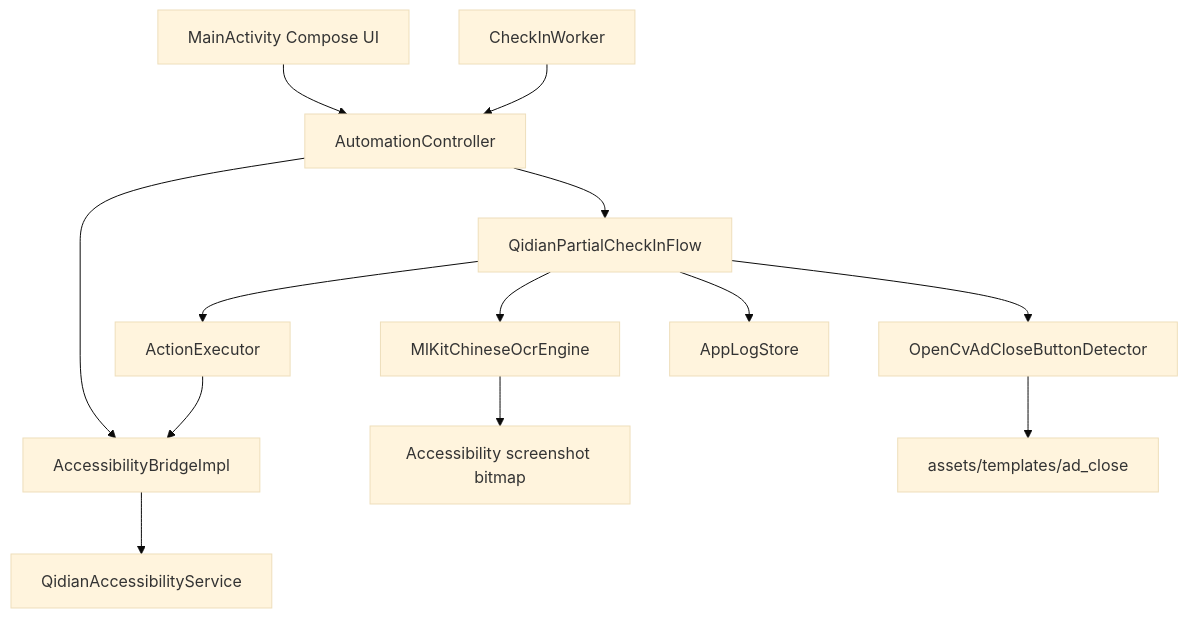
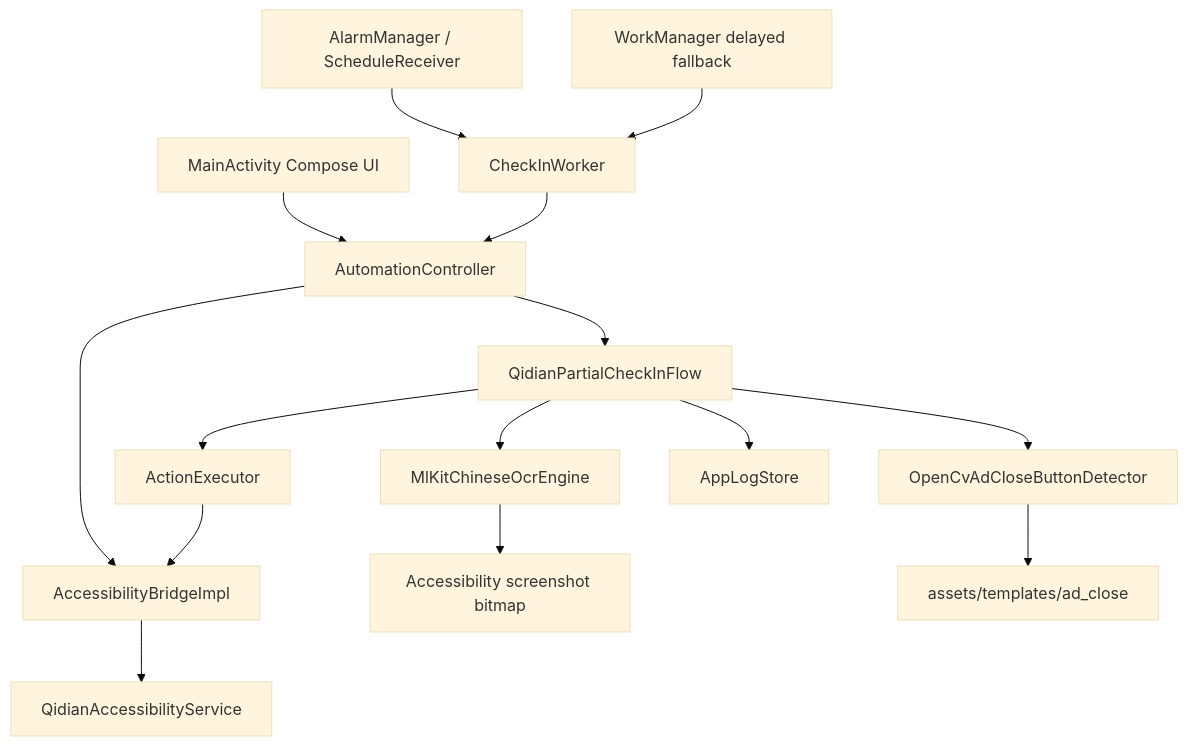
Before and after one commit to SunnyDay00/QDReader.today: the diagram in docs/TECHNICAL.md, drawn with Mermaid (base theme). The commit also changed other lines of this file and 13 other files, not shown here.

````diff
--- a/docs/TECHNICAL.md
+++ b/docs/TECHNICAL.md
@@ -44,15 +44,17 @@
 ```mermaid
 flowchart TD
     UI["MainActivity Compose UI"] --> Controller["AutomationController"]
-    Schedule["CheckInWorker"] --> Controller
+    Alarm["AlarmManager / ScheduleReceiver"] --> Schedule["CheckInWorker"]
+    Fallback["WorkManager delayed fallback"] --> Schedule
+    Schedule --> Controller
     Controller --> Bridge["AccessibilityBridgeImpl"]
     Controller --> Flow["QidianPartialCheckInFlow"]
     Flow --> Executor["ActionExecutor"]
     Executor --> Bridge
     Flow --> Ocr["MlKitChineseOcrEngine"]
     Flow --> CloseDetector["OpenCvAdCloseButtonDetector"]
     Bridge --> Service["QidianAccessibilityService"]
     Ocr --> Screenshot["Accessibility screenshot bitmap"]
     CloseDetector --> Templates["assets/templates/ad_close"]
     Flow --> Logs["AppLogStore"]
 ```
````
